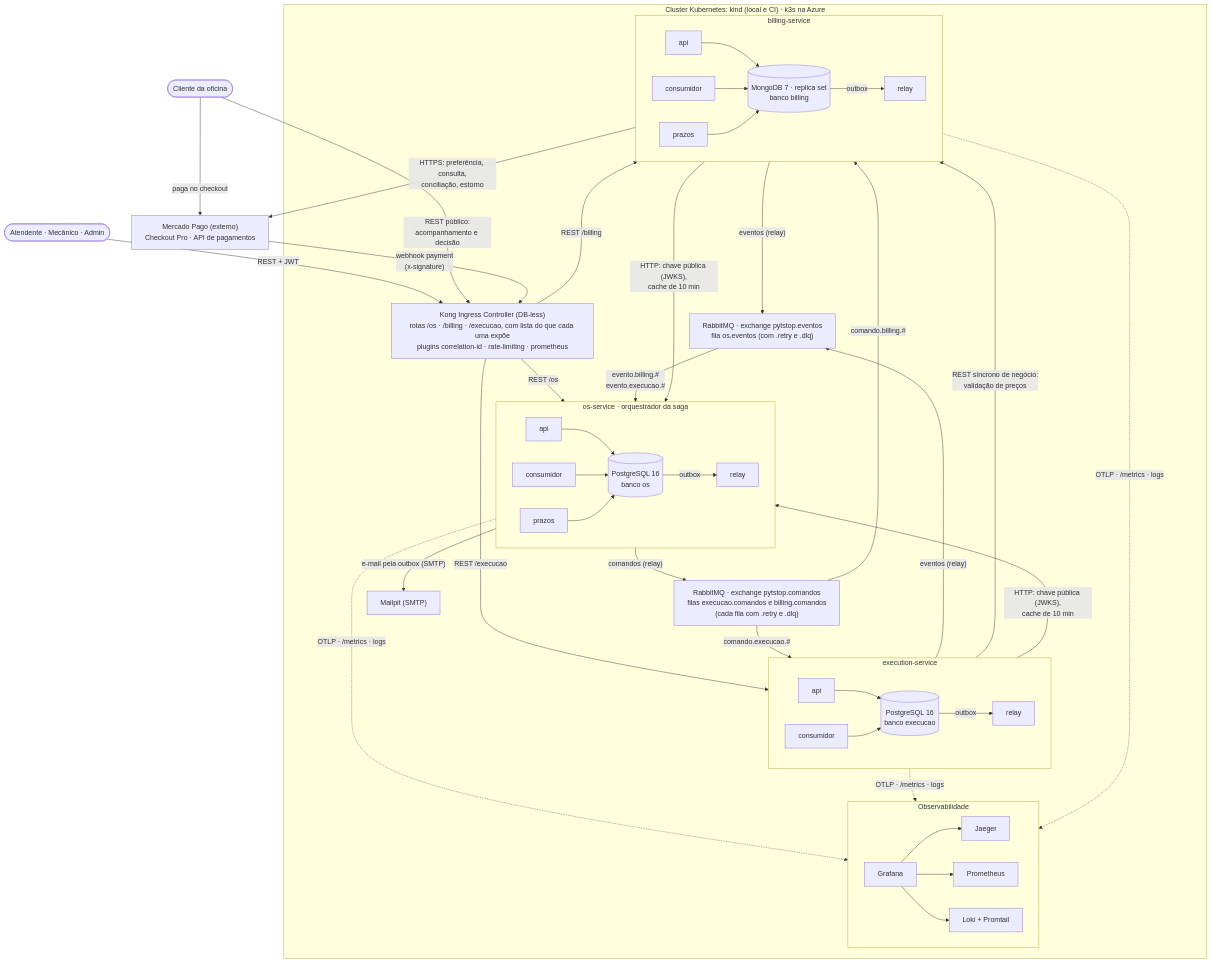
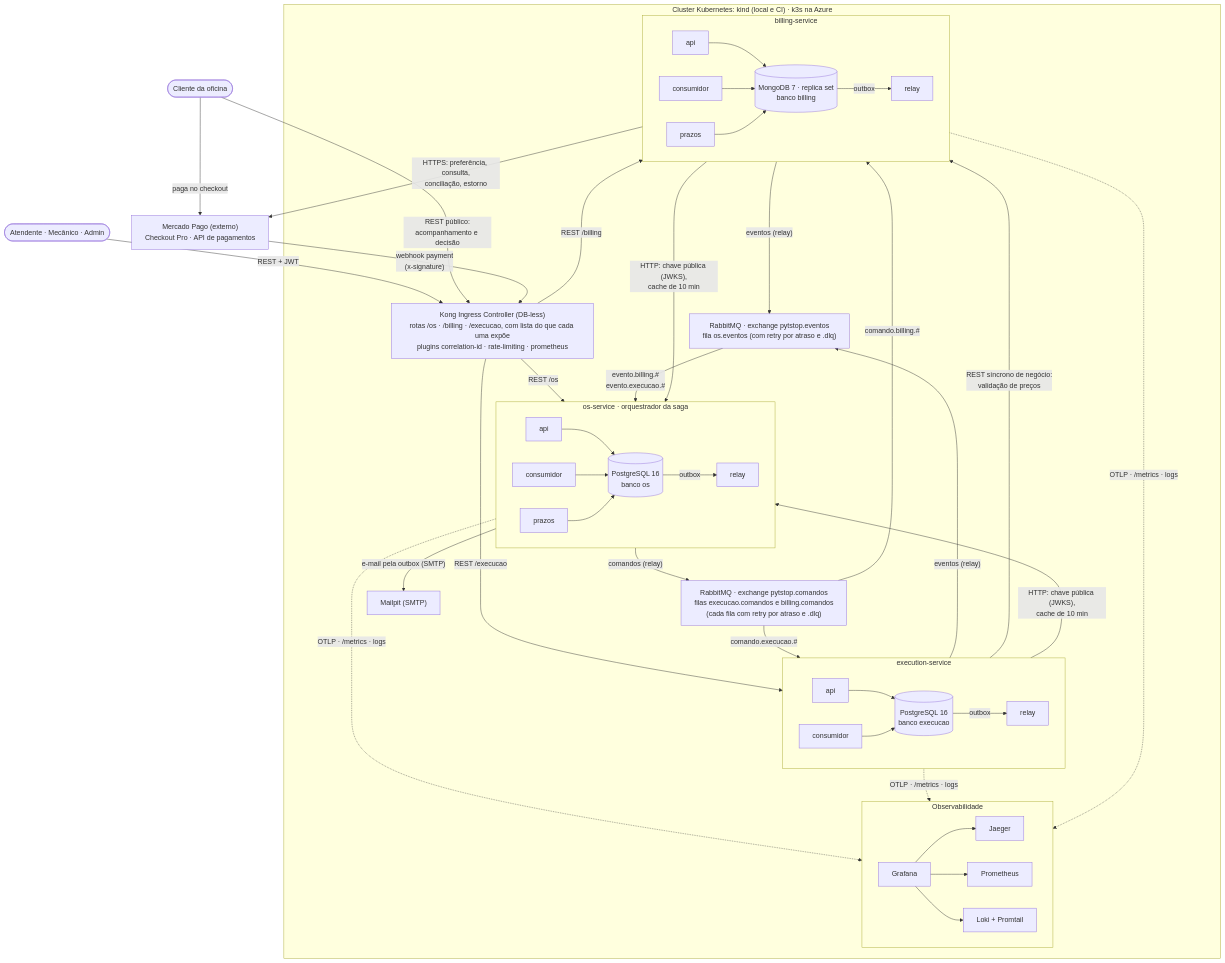
One commit to fiap-postech-sw-architecture/postech-sw-arch-p4-platform changed the first of 13 diagrams in docs/arquitetura/rfc/fase4/rfc-004-microsservicos-saga.md. Above: the diagram before and after it, drawn with Mermaid. The commit also changed other lines of this file and 24 other files, not shown here.

First line of the commit message:
fix: uma fila de retry por atraso no RabbitMQ (#4)

````diff
--- a/docs/arquitetura/rfc/fase4/rfc-004-microsservicos-saga.md
+++ b/docs/arquitetura/rfc/fase4/rfc-004-microsservicos-saga.md
@@ -93,70 +93,70 @@
 ```mermaid
 ---
 config:
   flowchart:
     wrappingWidth: 400
 ---
 flowchart TB
     interno(["Atendente · Mecânico · Admin"])
     cliente(["Cliente da oficina"])
 
     subgraph k8s["Cluster Kubernetes: kind (local e CI) · k3s na Azure"]
         kong["Kong Ingress Controller (DB-less)<br/>rotas /os · /billing · /execucao, com lista do que cada uma expõe<br/>plugins correlation-id · rate-limiting · prometheus"]
 
         subgraph os["os-service · orquestrador da saga"]
             direction LR
             os_api["api"] --> os_db
             os_cons["consumidor"] --> os_db
             os_prazos["prazos"] --> os_db
             os_db[("PostgreSQL 16<br/>banco os")] -->|"outbox"| os_relay["relay"]
         end
 
-        cmd["RabbitMQ · exchange pytstop.comandos<br/>filas execucao.comandos e billing.comandos<br/>(cada fila com .retry e .dlq)"]
+        cmd["RabbitMQ · exchange pytstop.comandos<br/>filas execucao.comandos e billing.comandos<br/>(cada fila com retry por atraso e .dlq)"]
 
         subgraph exe["execution-service"]
             direction LR
             exe_api["api"] --> exe_db
             exe_cons["consumidor"] --> exe_db
             exe_db[("PostgreSQL 16<br/>banco execucao")] -->|"outbox"| exe_relay["relay"]
         end
 
         subgraph bil["billing-service"]
             direction LR
             bil_api["api"] --> bil_db
             bil_cons["consumidor"] --> bil_db
             bil_prazos["prazos"] --> bil_db
             bil_db[("MongoDB 7 · replica set<br/>banco billing")] -->|"outbox"| bil_relay["relay"]
         end
 
-        evt["RabbitMQ · exchange pytstop.eventos<br/>fila os.eventos (com .retry e .dlq)"]
+        evt["RabbitMQ · exchange pytstop.eventos<br/>fila os.eventos (com retry por atraso e .dlq)"]
         mailpit["Mailpit (SMTP)"]
 
         subgraph obs["Observabilidade"]
             direction LR
             grafana["Grafana"] --> jaeger["Jaeger"]
             grafana --> prom["Prometheus"]
             grafana --> loki["Loki + Promtail"]
         end
     end
 
     mp["Mercado Pago (externo)<br/>Checkout Pro · API de pagamentos"]
 
     interno -->|"REST + JWT"| kong
     cliente -->|"REST público:<br/>acompanhamento e decisão"| kong
     kong -->|"REST /os"| os
     kong -->|"REST /execucao"| exe
     kong -->|"REST /billing"| bil
     os -->|"comandos (relay)"| cmd
     cmd -->|"comando.execucao.#"| exe
     cmd -->|"comando.billing.#"| bil
     exe -->|"eventos (relay)"| evt
     bil -->|"eventos (relay)"| evt
     evt -->|"evento.billing.#<br/>evento.execucao.#"| os
     exe -->|"REST síncrono de negócio:<br/>validação de preços"| bil
     exe & bil -->|"HTTP: chave pública (JWKS),<br/>cache de 10 min"| os
     bil -->|"HTTPS: preferência, consulta,<br/>conciliação, estorno"| mp
     mp -->|"webhook payment<br/>(x-signature)"| kong
     cliente -->|"paga no checkout"| mp
     os -->|"e-mail pela outbox (SMTP)"| mailpit
     os & exe & bil -.->|"OTLP · /metrics · logs"| obs
 ```
````
